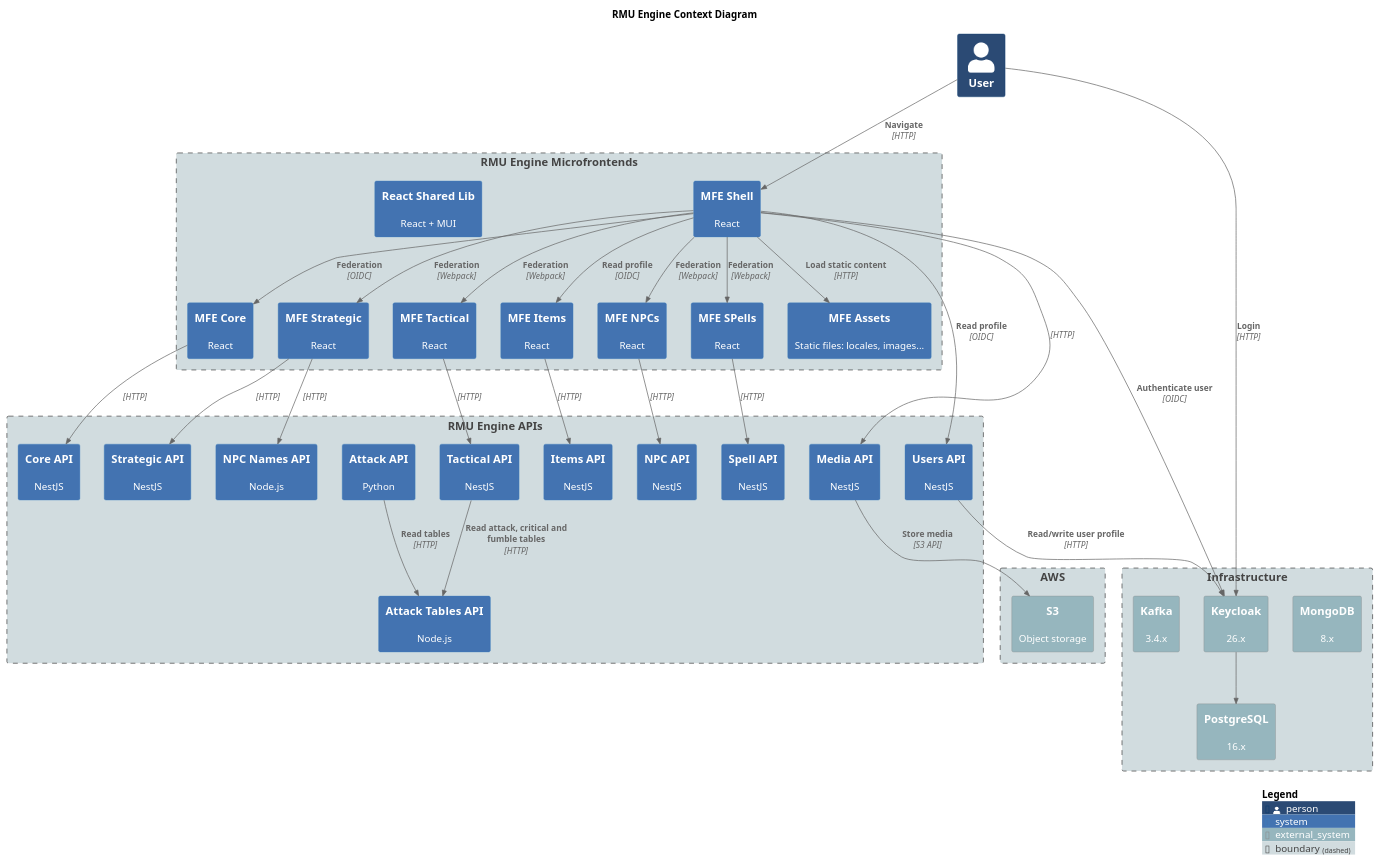
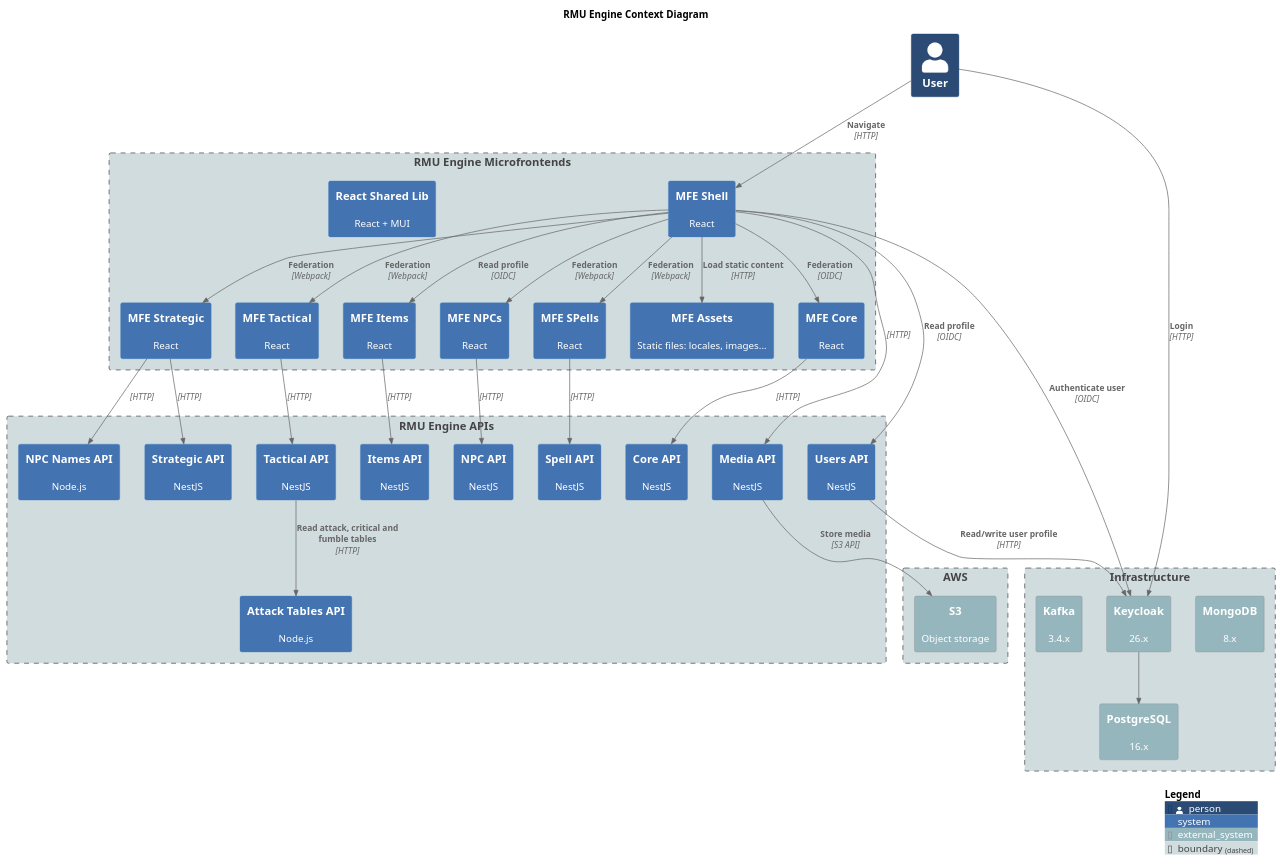
The diagram in docs/architecture/diagrams/c4-context.plantuml (labcabrera/rmu-platform), drawn with PlantUML before and after one commit. The commit also changed 9 other files, not shown here.

Commit message:
chore(compose): remove the Python attack API and add build-local-images script

```diff
--- a/docs/architecture/diagrams/c4-context.plantuml
+++ b/docs/architecture/diagrams/c4-context.plantuml
@@ -1,93 +1,91 @@
 @startuml c4-context
 title RMU Engine Context Diagram
 
 !include https://raw.githubusercontent.com/plantuml-stdlib/C4-PlantUML/master/C4_Context.puml
 
 ' LAYOUT_LEFT_RIGHT()
 
 UpdateElementStyle(person, $bgColor="#2b4a74ff")
 UpdateElementStyle(system, $bgColor="#4373b1ff")
 UpdateElementStyle(external_system, $bgColor="#96b6beff")
 UpdateElementStyle(boundary, $bgColor="#d1dcdfff")
 
 Person(user, "User")
 
 Boundary(frontend, "RMU Engine Microfrontends") {
     System(rmu_mfe_shell, "MFE Shell", "React")
     System(rmu_mfe_core, "MFE Core", "React")
     System(rmu_mfe_strategic, "MFE Strategic", "React")
     System(rmu_mfe_tactical, "MFE Tactical", "React")
     System(rmu_mfe_items, "MFE Items", "React")
     System(rmu_mfe_npc, "MFE NPCs", "React")
     System(rmu_mfe_spells, "MFE SPells", "React")
     System(rmu_react_shared_lib, "React Shared Lib", "React + MUI")
     System(rmu_mfe_assets, "MFE Assets", "Static files: locales, images...")
 }
 
 Boundary(apis, "RMU Engine APIs") {
     System(rmu_api_users, "Users API", "NestJS")
     System(rmu_api_core, "Core API", "NestJS")
     System(rmu_api_strategic, "Strategic API", "NestJS")
     System(rmu_api_tactical, "Tactical API", "NestJS")
     System(rmu_api_npc, "NPC API", "NestJS")
     System(rmu_api_npc_names, "NPC Names API", "Node.js")
-    System(rmu_api_attack, "Attack API", "Python")
     System(rmu_api_spells, "Spell API", "NestJS")
     System(rmu_api_items, "Items API", "NestJS")
     System(rmu_api_attack_tables, "Attack Tables API", "Node.js")
     System(rmu_api_media, "Media API", "NestJS")
 }
 
 Boundary(infrastructure, "Infrastructure") {
     System_Ext(mongodb, "MongoDB", "8.x")
     System_Ext(keycloak, "Keycloak", "26.x")
     System_Ext(kafka, "Kafka", "3.4.x")
     System_Ext(postgresql, "PostgreSQL", "16.x")
 }
 
 Boundary(aws, "AWS") {
     System_Ext(s3, "S3", "Object storage")
 }
 
 Rel(user, rmu_mfe_shell, "Navigate", "HTTP")
 Rel(user, keycloak, "Login", "HTTP")
 
 Rel(rmu_mfe_shell, rmu_mfe_core, "Federation", "OIDC")
 Rel(rmu_mfe_shell, rmu_mfe_strategic, "Federation", "Webpack")
 Rel(rmu_mfe_shell, rmu_mfe_tactical, "Federation", "Webpack")
 Rel(rmu_mfe_shell, rmu_mfe_items, "Read profile", "OIDC")
 Rel(rmu_mfe_shell, rmu_mfe_npc, "Federation", "Webpack")
 Rel(rmu_mfe_shell, rmu_mfe_spells, "Federation", "Webpack")
 
 Rel(rmu_mfe_shell, rmu_api_users, "Read profile", "OIDC")
 Rel(rmu_mfe_shell, keycloak, "Authenticate user", "OIDC")
 Rel(rmu_mfe_shell, rmu_mfe_assets, "Load static content", "HTTP")
 Rel(rmu_mfe_shell, rmu_api_media, "", "HTTP")
 
 Rel(rmu_mfe_core, rmu_api_core, "", "HTTP")
 
 Rel(rmu_mfe_strategic, rmu_api_strategic, "", "HTTP")
 Rel(rmu_mfe_strategic, rmu_api_npc_names, "", "HTTP")
 
 Rel(rmu_mfe_tactical, rmu_api_tactical, "", "HTTP")
 
 Rel(rmu_api_users, keycloak, "Read/write user profile", "HTTP")
 
 Rel(rmu_mfe_npc, rmu_api_npc, "", "HTTP")
 
 Rel(rmu_mfe_items, rmu_api_items, "", "HTTP")
 
 Rel(rmu_mfe_spells, rmu_api_spells, "", "HTTP")
 
 Rel(rmu_api_tactical, rmu_api_attack_tables, "Read attack, critical and fumble tables", "HTTP")
 
 ' Attack API: no longer called by tactical since the combat plugin refactor (workspace spec 003).
-Rel(rmu_api_attack, rmu_api_attack_tables, "Read tables", "HTTP")
 
 Rel(keycloak, postgresql, "", "")
 
 Rel(rmu_api_media, s3, "Store media", "S3 API")
 
 SHOW_LEGEND()
 
 @enduml
```
